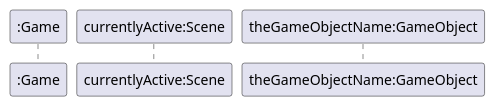
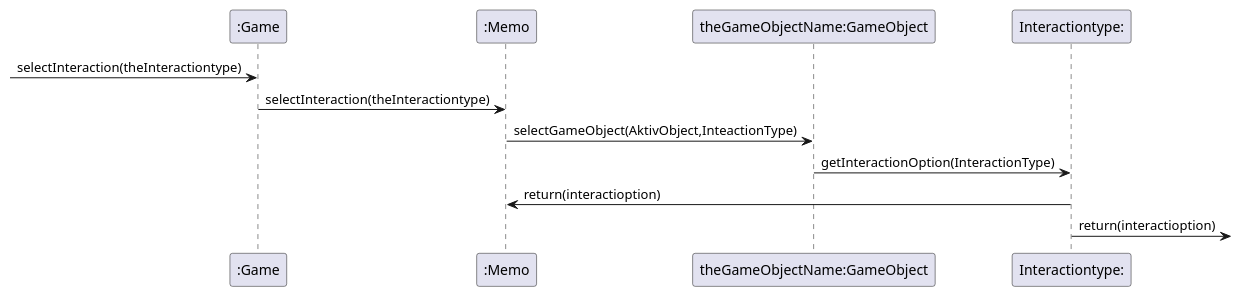
The diagram in selectInteraction.plantuml (EdvinKristiansson/PA1459), drawn with PlantUML before and after one commit. The commit also changed 4 other files, not shown here.

```diff
--- a/selectInteraction.plantuml
+++ b/selectInteraction.plantuml
@@ -1,9 +1,16 @@
 @startuml
 
 participant ":Game" as gm
-participant "currentlyActive:Scene" as sc
+participant ":Memo" as me
 participant "theGameObjectName:GameObject" as go
+participant "Interactiontype:" as in
 
 
+-> gm : selectInteraction(theInteractiontype)
+gm -> me : selectInteraction(theInteractiontype)
+me -> go : selectGameObject(AktivObject,InteactionType)
+go -> in : getInteractionOption(InteractionType)
+in -> me : return(interactioption)
+in ->  : return(interactioption)
 
 @enduml
```
